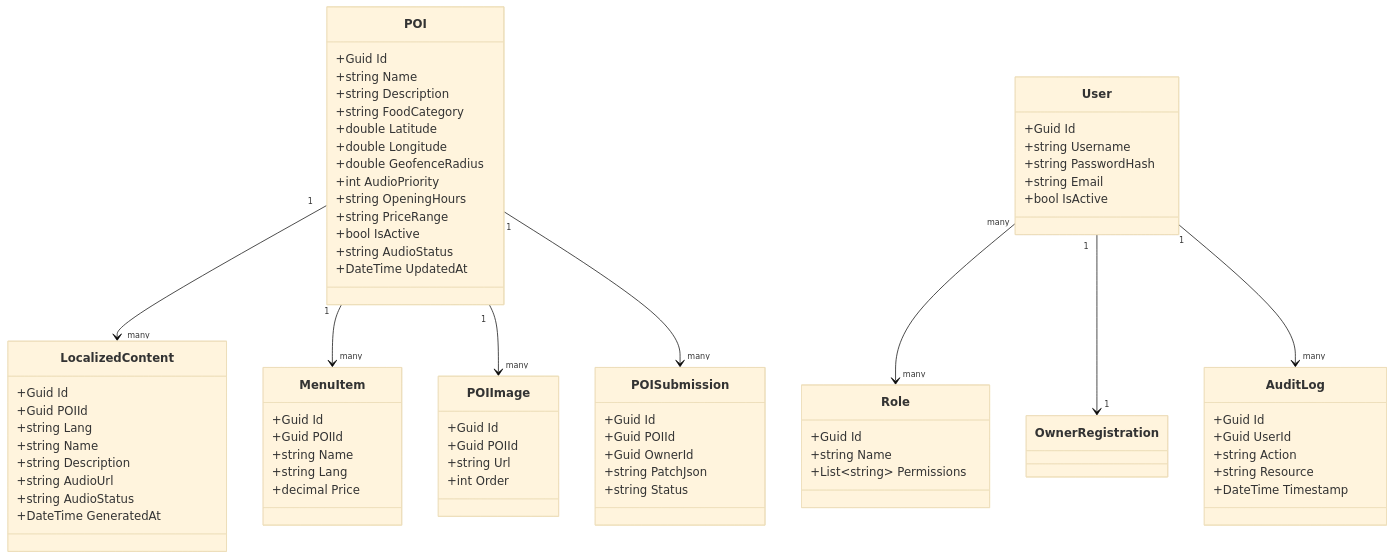
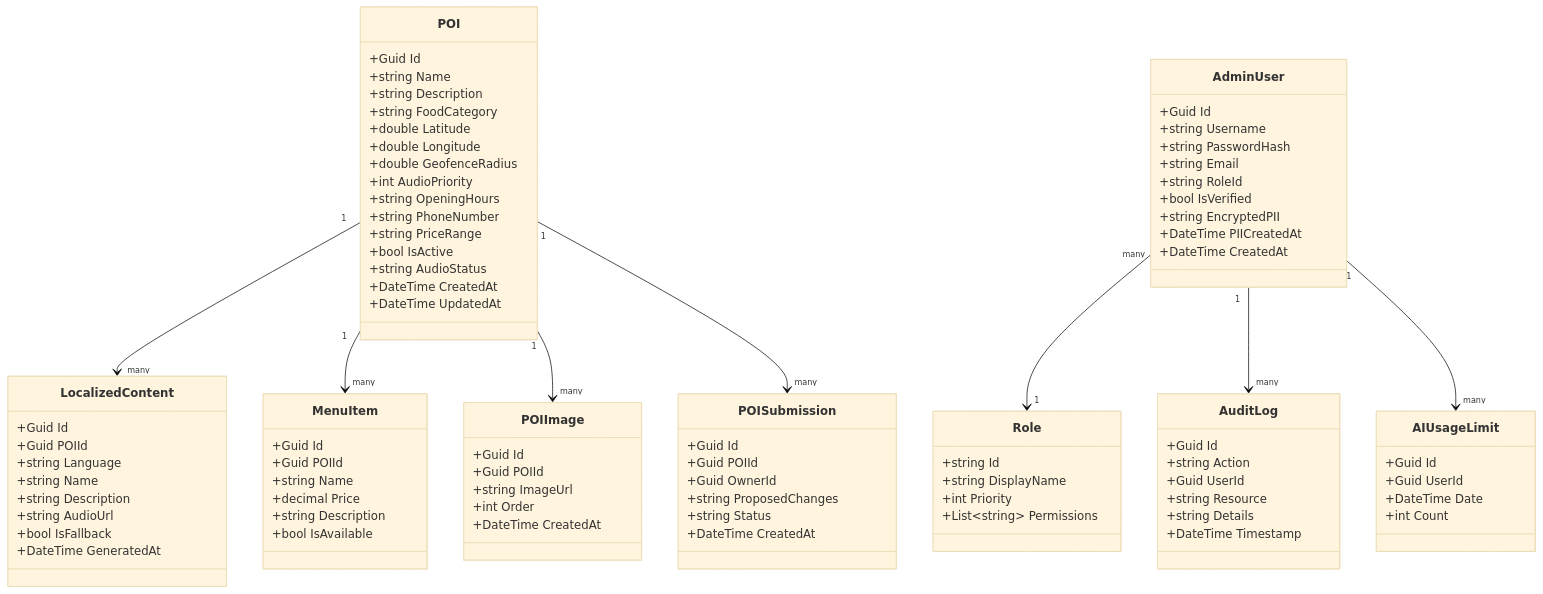
Before and after one commit to DZT711/Audio_Guide_App: the eighth of 9 diagrams in README.md, drawn with Mermaid (base theme). The commit also changed other lines of this file, not shown here.

````diff
--- a/README.md
+++ b/README.md
@@ -295,20 +677,22 @@
         +double GeofenceRadius
         +int AudioPriority
         +string OpeningHours
+        +string PhoneNumber
         +string PriceRange
         +bool IsActive
         +string AudioStatus
+        +DateTime CreatedAt
         +DateTime UpdatedAt
     }
 
     class LocalizedContent {
         +Guid Id
         +Guid POIId
-        +string Lang
+        +string Language
         +string Name
         +string Description
         +string AudioUrl
-        +string AudioStatus
+        +bool IsFallback
         +DateTime GeneratedAt
     }
 
@@ -316,53 +700,68 @@
         +Guid Id
         +Guid POIId
         +string Name
-        +string Lang
         +decimal Price
+        +string Description
+        +bool IsAvailable
     }
 
     class POIImage {
         +Guid Id
         +Guid POIId
-        +string Url
+        +string ImageUrl
         +int Order
+        +DateTime CreatedAt
     }
 
-    class User {
+    class AdminUser {
         +Guid Id
         +string Username
         +string PasswordHash
         +string Email
-        +bool IsActive
+        +string RoleId
+        +bool IsVerified
+        +string EncryptedPII
+        +DateTime PIICreatedAt
+        +DateTime CreatedAt
     }
 
     class Role {
-        +Guid Id
-        +string Name
+        +string Id
+        +string DisplayName
+        +int Priority
         +List~string~ Permissions
     }
-
 
     class POISubmission {
         +Guid Id
         +Guid POIId
         +Guid OwnerId
-+string PatchJson
+        +string ProposedChanges
         +string Status
+        +DateTime CreatedAt
     }
 
     class AuditLog {
         +Guid Id
+        +string Action
         +Guid UserId
-        +string Action
         +string Resource
+        +string Details
         +DateTime Timestamp
+    }
+
+    class AIUsageLimit {
+        +Guid Id
+        +Guid UserId
+        +DateTime Date
+        +int Count
     }
 
     POI "1" --> "many" LocalizedContent
     POI "1" --> "many" MenuItem
     POI "1" --> "many" POIImage
     POI "1" --> "many" POISubmission
-    User "many" --> "many" Role
-    User "1" --> "1" OwnerRegistration
-    User "1" --> "many" AuditLog
+    AdminUser "many" --> "1" Role
+    AdminUser "1" --> "many" AuditLog
+    AdminUser "1" --> "many" AIUsageLimit
 ```
````
